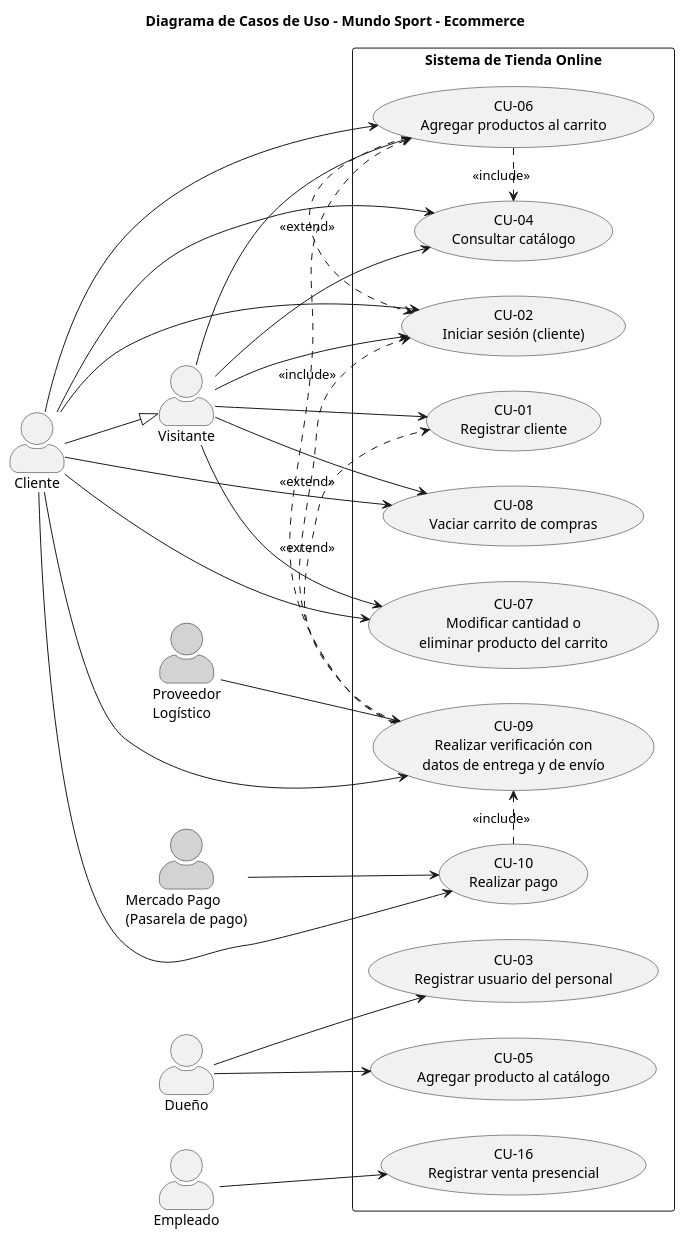
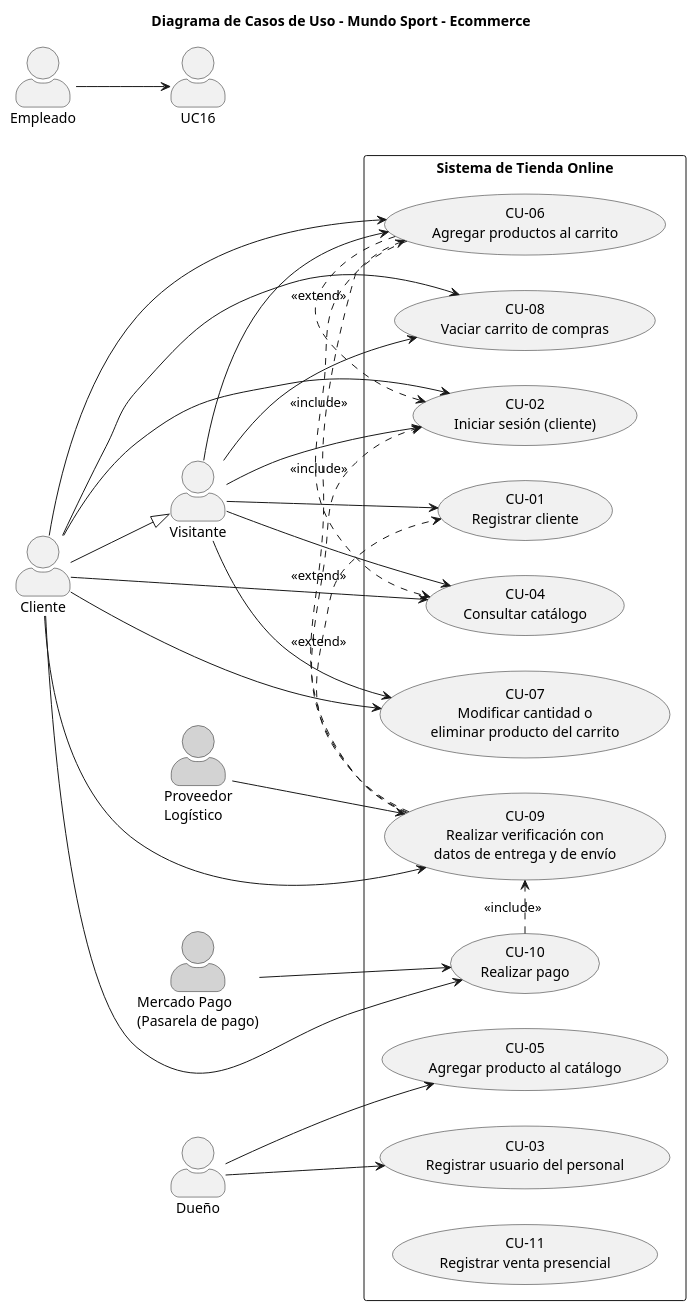
The diagram in diagramas/casos-de-uso.puml (Danieljaime21/eidas-grupo05-revision), drawn with PlantUML before and after one commit.

Commit message:
Se corrigió error de tipeo, diagrama CU

```diff
--- a/diagramas/casos-de-uso.puml
+++ b/diagramas/casos-de-uso.puml
@@ -1,68 +1,68 @@
 @startuml
 title Diagrama de Casos de Uso - Mundo Sport - Ecommerce
 
 left to right direction
 skinparam packageStyle rectangle
 skinparam actorStyle awesome
 
 ' --- Actores ---
 actor "Visitante" as Visitante
 actor "Cliente" as Cliente
 actor "Dueño" as Dueno
 actor "Empleado" as Empleado
 actor "Proveedor\nLogístico" as Proveedor #LightGray
 actor "Mercado Pago\n(Pasarela de pago)" as MP #LightGray
 
 ' Herencia: Cliente es un Visitante autenticado
 Cliente --|> Visitante
 
 ' --- Sistema ---
 rectangle "Sistema de Tienda Online" {
   usecase "CU-01\nRegistrar cliente" as UC01
   usecase "CU-02\nIniciar sesión (cliente)" as UC02
   usecase "CU-03\nRegistrar usuario del personal" as UC03
   usecase "CU-04\nConsultar catálogo" as UC04
   usecase "CU-05\nAgregar producto al catálogo" as UC05
   usecase "CU-06\nAgregar productos al carrito" as UC06
   usecase "CU-07\nModificar cantidad o\neliminar producto del carrito" as UC07
   usecase "CU-08\nVaciar carrito de compras" as UC08
   usecase "CU-09\nRealizar verificación con\ndatos de entrega y de envío" as UC09
   usecase "CU-10\nRealizar pago" as UC10
-  usecase "CU-16\nRegistrar venta presencial" as UC16
+  usecase "CU-11\nRegistrar venta presencial" as UC11
 }
 
 ' --- Relaciones actor - caso de uso ---
 Visitante --> UC01
 Visitante --> UC02
 Visitante --> UC04
 Visitante --> UC06
 Visitante --> UC07
 Visitante --> UC08
 
 Cliente --> UC02
 Cliente --> UC04
 Cliente --> UC06
 Cliente --> UC07
 Cliente --> UC08
 Cliente --> UC09
 Cliente --> UC10
 
 Dueno --> UC03
 Dueno --> UC05
 
 Empleado --> UC16
 
 Proveedor --> UC09
 MP --> UC10
 
 ' --- Relaciones entre casos de uso ---
 UC06 .> UC04 : <<include>>
 UC09 .> UC06 : <<include>>
 UC10 .> UC09 : <<include>>
 
 UC09 .> UC02 : <<extend>>
 UC09 .> UC01 : <<extend>>
 UC06 .> UC02 : <<extend>>
 
 
 @enduml
```
